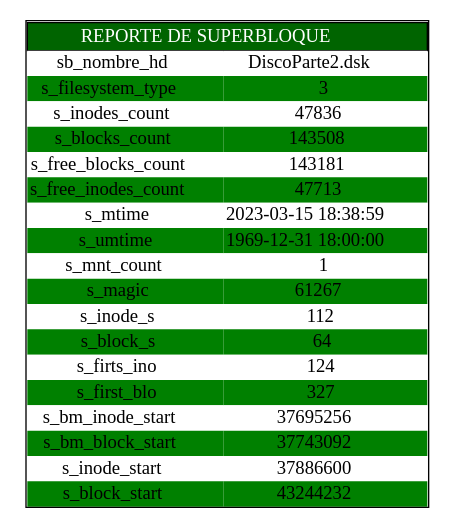
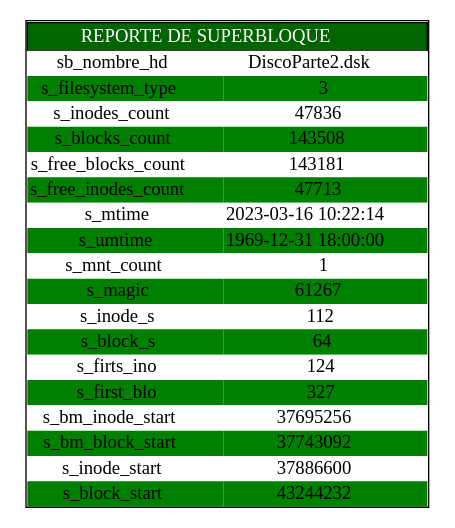
One commit to diegomazariegos2002/_MIA1S2023_PROYECTO1 changed the diagram in Proyecto/cmake-build-debug/superbloque.dot. Above: the diagram before and after it, drawn with Graphviz. The commit also changed 17 other files, not shown here.

```diff
--- a/Proyecto/cmake-build-debug/superbloque.dot
+++ b/Proyecto/cmake-build-debug/superbloque.dot
@@ -1,3 +1,3 @@
 digraph G {
 node[shape=none]
-start[label=<<table CELLSPACING="0"><tr><td colspan="2" bgcolor="darkgreen"><font color="white">REPORTE DE SUPERBLOQUE</font></td></tr><tr><td bgcolor="white" border="0">sb_nombre_hd</td><td bgcolor="white" border="0">DiscoParte2.dsk</td>)</tr><tr><td bgcolor="green" border="0">s_filesystem_type</td><td bgcolor="green" border="0">3</td>)</tr><tr><td bgcolor="white" border="0">s_inodes_count</td><td bgcolor="white" border="0">47836</td>)</tr><tr><td bgcolor="green" border="0">s_blocks_count</td><td bgcolor="green" border="0">143508</td>)</tr><tr><td bgcolor="white" border="0">s_free_blocks_count</td><td bgcolor="white" border="0">143181</td>)</tr><tr><td bgcolor="green" border="0">s_free_inodes_count</td><td bgcolor="green" border="0">47713</td>)</tr><tr><td bgcolor="white" border="0">s_mtime</td><td bgcolor="white" border="0">2023-03-15 18:38:59</td>)</tr><tr><td bgcolor="green" border="0">s_umtime</td><td bgcolor="green" border="0">1969-12-31 18:00:00</td>)</tr><tr><td bgcolor="white" border="0">s_mnt_count</td><td bgcolor="white" border="0">1</td>)</tr><tr><td bgcolor="green" border="0">s_magic</td><td bgcolor="green" border="0">61267</td>)</tr><tr><td bgcolor="white" border="0">s_inode_s</td><td bgcolor="white" border="0">112</td>)</tr><tr><td bgcolor="green" border="0">s_block_s</td><td bgcolor="green" border="0">64</td>)</tr><tr><td bgcolor="white" border="0">s_firts_ino</td><td bgcolor="white" border="0">124</td>)</tr><tr><td bgcolor="green" border="0">s_first_blo</td><td bgcolor="green" border="0">327</td>)</tr><tr><td bgcolor="white" border="0">s_bm_inode_start</td><td bgcolor="white" border="0">37695256</td>)</tr><tr><td bgcolor="green" border="0">s_bm_block_start</td><td bgcolor="green" border="0">37743092</td>)</tr><tr><td bgcolor="white" border="0">s_inode_start</td><td bgcolor="white" border="0">37886600</td>)</tr><tr><td bgcolor="green" border="0">s_block_start</td><td bgcolor="green" border="0">43244232</td>)</tr></table>>];}
+start[label=<<table CELLSPACING="0"><tr><td colspan="2" bgcolor="darkgreen"><font color="white">REPORTE DE SUPERBLOQUE</font></td></tr><tr><td bgcolor="white" border="0">sb_nombre_hd</td><td bgcolor="white" border="0">DiscoParte2.dsk</td>)</tr><tr><td bgcolor="green" border="0">s_filesystem_type</td><td bgcolor="green" border="0">3</td>)</tr><tr><td bgcolor="white" border="0">s_inodes_count</td><td bgcolor="white" border="0">47836</td>)</tr><tr><td bgcolor="green" border="0">s_blocks_count</td><td bgcolor="green" border="0">143508</td>)</tr><tr><td bgcolor="white" border="0">s_free_blocks_count</td><td bgcolor="white" border="0">143181</td>)</tr><tr><td bgcolor="green" border="0">s_free_inodes_count</td><td bgcolor="green" border="0">47713</td>)</tr><tr><td bgcolor="white" border="0">s_mtime</td><td bgcolor="white" border="0">2023-03-16 10:22:14</td>)</tr><tr><td bgcolor="green" border="0">s_umtime</td><td bgcolor="green" border="0">1969-12-31 18:00:00</td>)</tr><tr><td bgcolor="white" border="0">s_mnt_count</td><td bgcolor="white" border="0">1</td>)</tr><tr><td bgcolor="green" border="0">s_magic</td><td bgcolor="green" border="0">61267</td>)</tr><tr><td bgcolor="white" border="0">s_inode_s</td><td bgcolor="white" border="0">112</td>)</tr><tr><td bgcolor="green" border="0">s_block_s</td><td bgcolor="green" border="0">64</td>)</tr><tr><td bgcolor="white" border="0">s_firts_ino</td><td bgcolor="white" border="0">124</td>)</tr><tr><td bgcolor="green" border="0">s_first_blo</td><td bgcolor="green" border="0">327</td>)</tr><tr><td bgcolor="white" border="0">s_bm_inode_start</td><td bgcolor="white" border="0">37695256</td>)</tr><tr><td bgcolor="green" border="0">s_bm_block_start</td><td bgcolor="green" border="0">37743092</td>)</tr><tr><td bgcolor="white" border="0">s_inode_start</td><td bgcolor="white" border="0">37886600</td>)</tr><tr><td bgcolor="green" border="0">s_block_start</td><td bgcolor="green" border="0">43244232</td>)</tr></table>>];}
```
